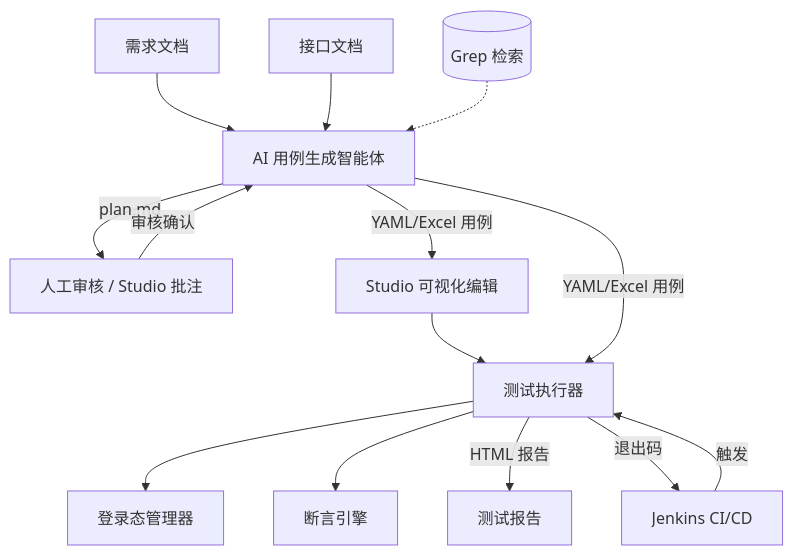
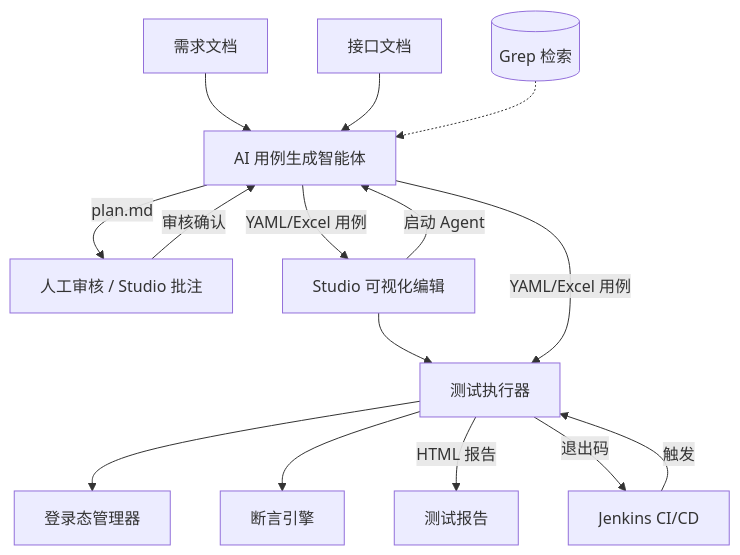
One commit to Remon-16/flow-forge changed the diagram in README.md. Above: the diagram before and after it, drawn with Mermaid. The commit also changed other lines of this file and 29 other files, not shown here.

````diff
--- a/README.md
+++ b/README.md
@@ -19,16 +20,17 @@
 ```mermaid
 graph TD
     REQ[需求文档] --> AGENT[AI 用例生成智能体]
     API[接口文档] --> AGENT
     KB[(Grep 检索)] -.-> AGENT
     AGENT --> |plan.md| REVIEW[人工审核 / Studio 批注]
     REVIEW --> |审核确认| AGENT
+    STUDIO --> |启动 Agent| AGENT
     AGENT --> |YAML/Excel 用例| STUDIO[Studio 可视化编辑]
     STUDIO --> EXEC[测试执行器]
     AGENT --> |YAML/Excel 用例| EXEC
     EXEC --> LM[登录态管理器]
     EXEC --> AE[断言引擎]
     EXEC --> |HTML 报告| REPORT[测试报告]
     JENKINS[Jenkins CI/CD] --> |触发| EXEC
     EXEC --> |退出码| JENKINS
 ```
````
